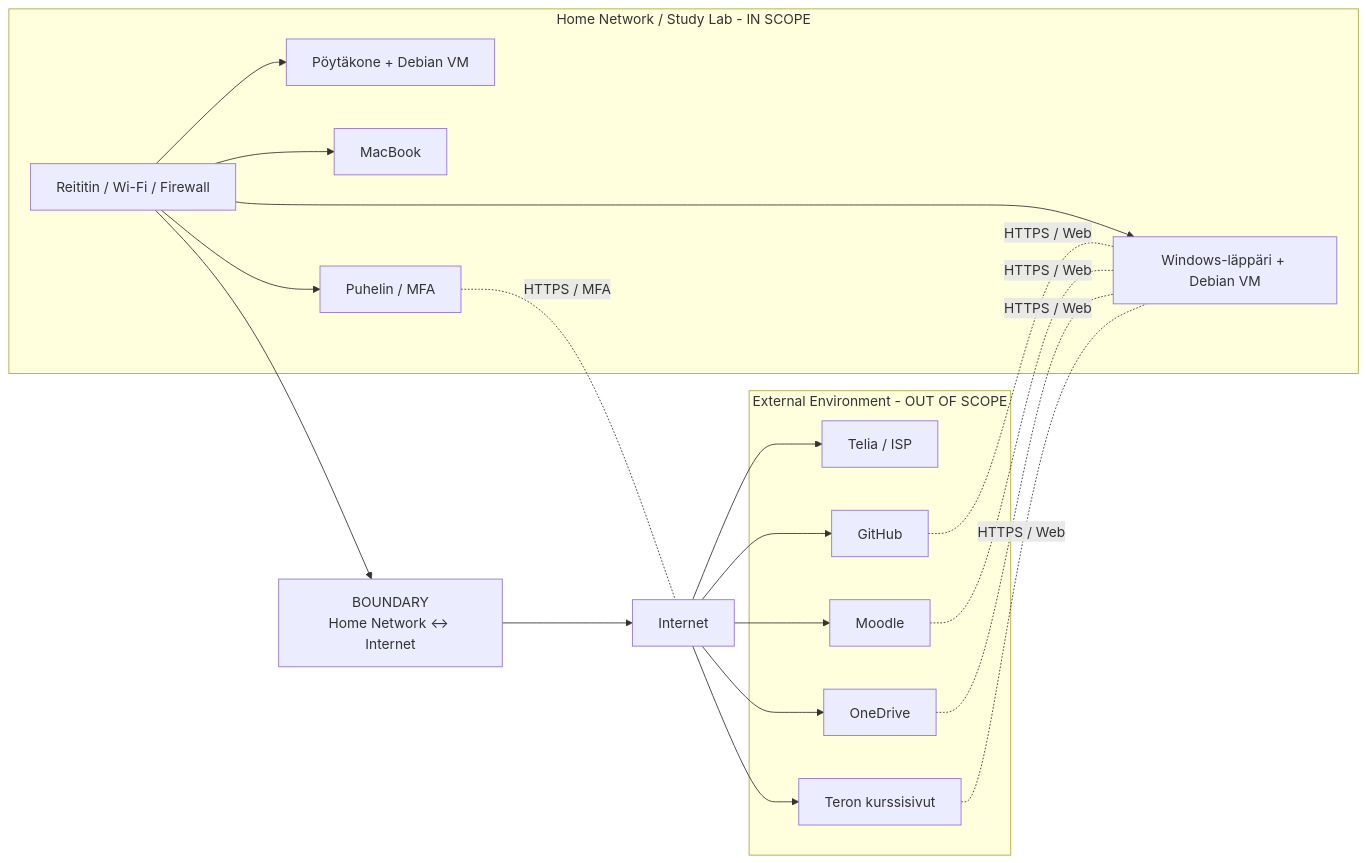
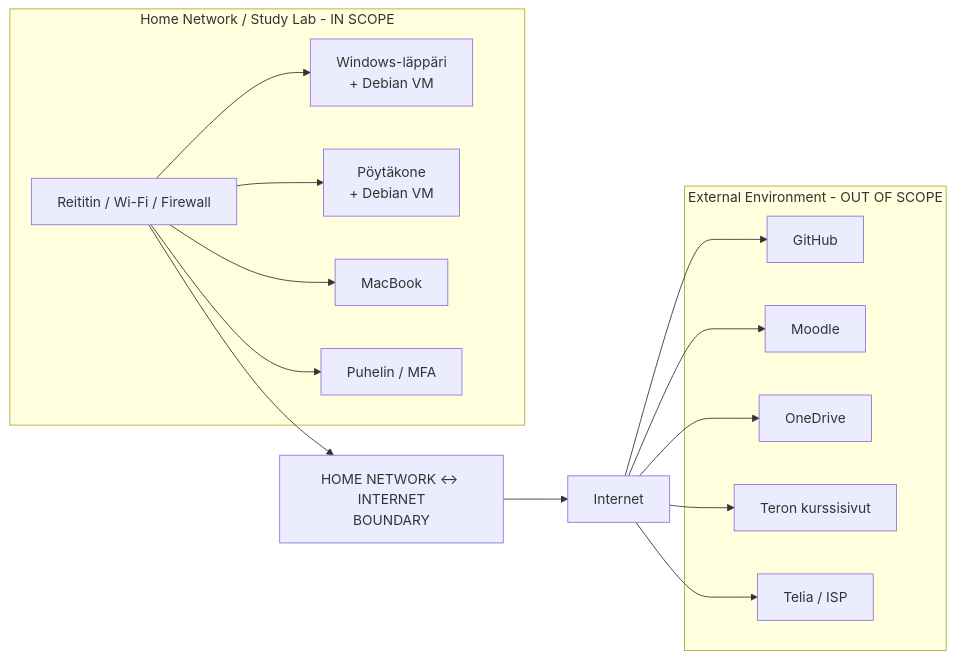
One commit to Ralchuu/sovellustenhakkerointi changed the diagram in h1.md. Above: the diagram before and after it, drawn with Mermaid. The commit also changed other lines of this file, not shown here.

Commit message:
Refine mermaid diagram in h1.md
Updated mermaid diagram formatting for clarity and consistency.

````diff
--- a/h1.md
+++ b/h1.md
@@ -89,42 +89,36 @@
 ```mermaid
 flowchart LR
     subgraph IN["Home Network / Study Lab - IN SCOPE"]
         Router["Reititin / Wi-Fi / Firewall"]
-        Laptop["Windows-läppäri + Debian VM"]
-        Desktop["Pöytäkone + Debian VM"]
+        Laptop["Windows-läppäri<br/>+ Debian VM"]
+        Desktop["Pöytäkone<br/>+ Debian VM"]
         Mac["MacBook"]
         Phone["Puhelin / MFA"]
 
         Router --> Laptop
         Router --> Desktop
         Router --> Mac
         Router --> Phone
     end
 
-    Boundary["BOUNDARY<br/>Home Network ↔ Internet"]
+    Boundary["HOME NETWORK ↔ INTERNET<br/>BOUNDARY"]
 
     Internet["Internet"]
 
     subgraph OUT["External Environment - OUT OF SCOPE"]
-        ISP["Telia / ISP"]
         GitHub["GitHub"]
         Moodle["Moodle"]
         OneDrive["OneDrive"]
         Tero["Teron kurssisivut"]
+        ISP["Telia / ISP"]
     end
 
     Router --> Boundary
     Boundary --> Internet
 
-    Internet --> ISP
     Internet --> GitHub
     Internet --> Moodle
     Internet --> OneDrive
     Internet --> Tero
-
-    GitHub -. "HTTPS / Web" .- Laptop
-    Moodle -. "HTTPS / Web" .- Laptop
-    OneDrive -. "HTTPS / Web" .- Laptop
-    Tero -. "HTTPS / Web" .- Laptop
-    Phone -. "HTTPS / MFA" .- Internet
+    Internet --> ISP
 ```
````
